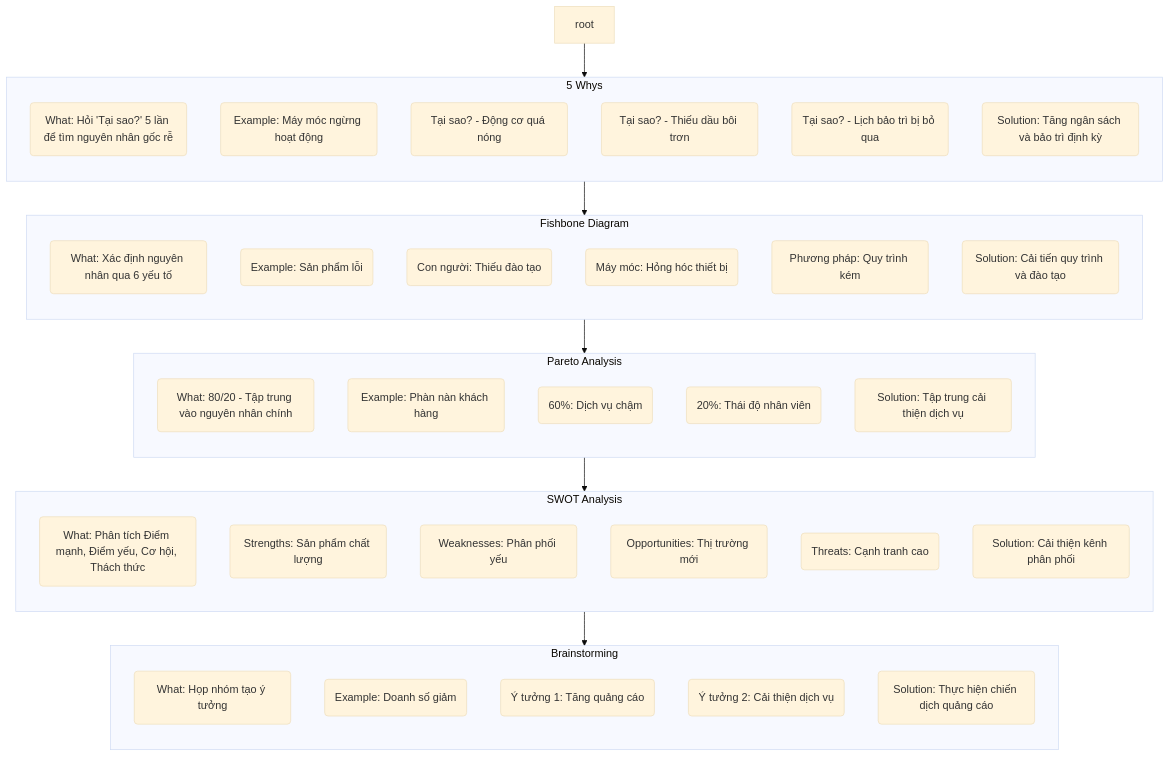
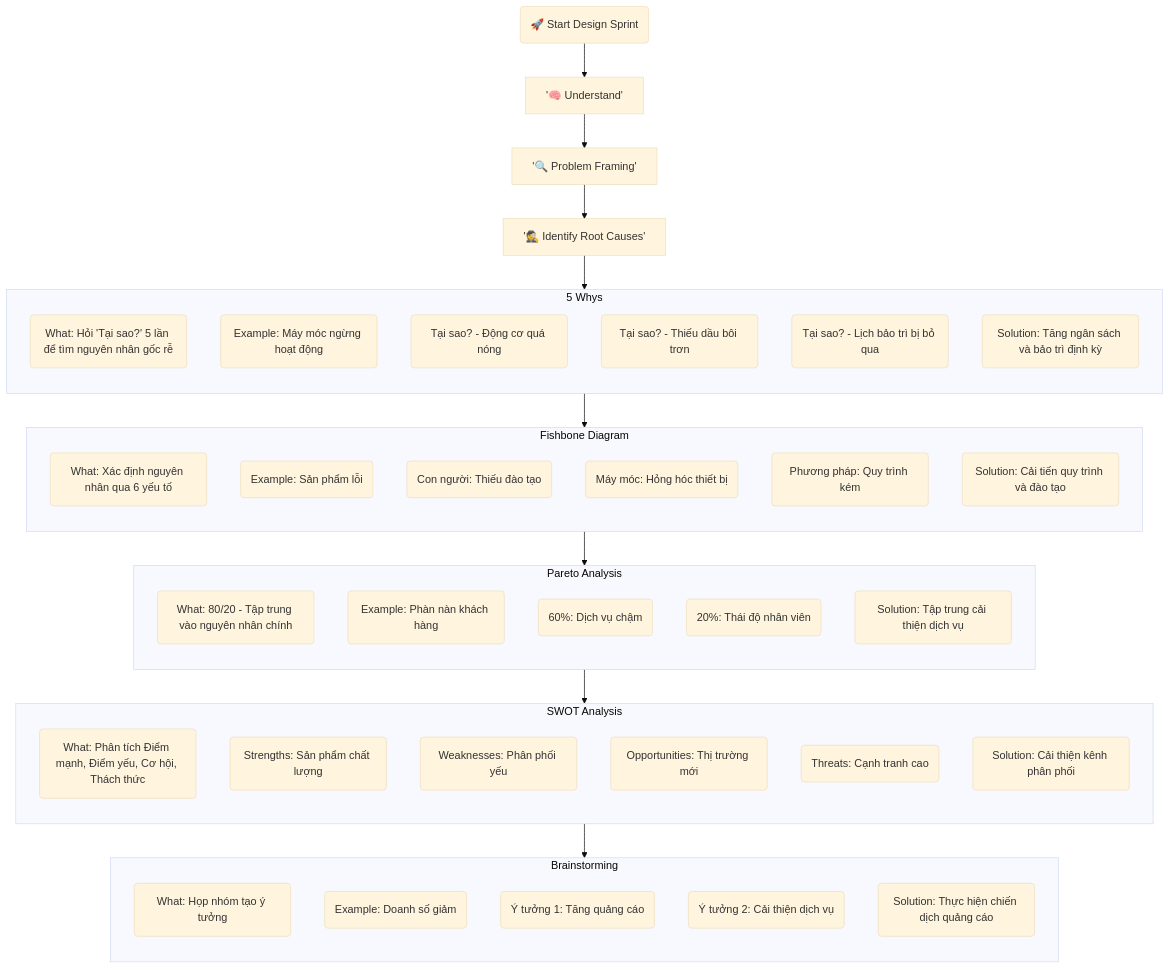
Before and after one commit to qtvhao/quickcurl: the diagram in docs/designsprintkit/phases/01-Understand/02-Understand-the-Problem/02-Problem-Framing/02-Root-Cause-Analysis.mmd, drawn with Mermaid (base theme). The commit also changed 1 other file, not shown here.

Commit message:
Add flowchart steps for root cause analysis in design sprint documentation

```diff
--- a/docs/designsprintkit/phases/01-Understand/02-Understand-the-Problem/02-Problem-Framing/02-Root-Cause-Analysis.mmd
+++ b/docs/designsprintkit/phases/01-Understand/02-Understand-the-Problem/02-Problem-Framing/02-Root-Cause-Analysis.mmd
@@ -1,50 +1,56 @@
 flowchart TD
     subgraph A [5 Whys]
         direction TB
         A1(What: Hỏi 'Tại sao?' 5 lần để tìm nguyên nhân gốc rễ)
         A2(Example: Máy móc ngừng hoạt động)
         A3(Tại sao? - Động cơ quá nóng)
         A4(Tại sao? - Thiếu dầu bôi trơn)
         A5(Tại sao? - Lịch bảo trì bị bỏ qua)
         A6(Solution: Tăng ngân sách và bảo trì định kỳ)
     end
 
     subgraph B [Fishbone Diagram]
         direction TB
         B1(What: Xác định nguyên nhân qua 6 yếu tố)
         B2(Example: Sản phẩm lỗi)
         B3(Con người: Thiếu đào tạo)
         B4(Máy móc: Hỏng hóc thiết bị)
         B5(Phương pháp: Quy trình kém)
         B6(Solution: Cải tiến quy trình và đào tạo)
     end
 
     subgraph C [Pareto Analysis]
         direction TB
         C1(What: 80/20 - Tập trung vào nguyên nhân chính)
         C2(Example: Phàn nàn khách hàng)
         C3(60%: Dịch vụ chậm)
         C4(20%: Thái độ nhân viên)
         C5(Solution: Tập trung cải thiện dịch vụ)
     end
 
     subgraph D [SWOT Analysis]
         direction TB
         D1(What: Phân tích Điểm mạnh, Điểm yếu, Cơ hội, Thách thức)
         D2(Strengths: Sản phẩm chất lượng)
         D3(Weaknesses: Phân phối yếu)
         D4(Opportunities: Thị trường mới)
         D5(Threats: Cạnh tranh cao)
         D6(Solution: Cải thiện kênh phân phối)
     end
 
     subgraph E [Brainstorming]
         direction TB
         E1(What: Họp nhóm tạo ý tưởng)
         E2(Example: Doanh số giảm)
         E3(Ý tưởng 1: Tăng quảng cáo)
         E4(Ý tưởng 2: Cải thiện dịch vụ)
         E5(Solution: Thực hiện chiến dịch quảng cáo)
     end
 
-    root --> A --> B --> C --> D --> E
+    Design_Sprint(🚀 Start Design Sprint) --> Understand['🧠 Understand']
+
+    Understand --> Problem_Framing['🔍 Problem Framing']
+
+    Problem_Framing --> Identify_Root_Causes['🕵️ Identify Root Causes']
+
+    Identify_Root_Causes --> A --> B --> C --> D --> E
```
